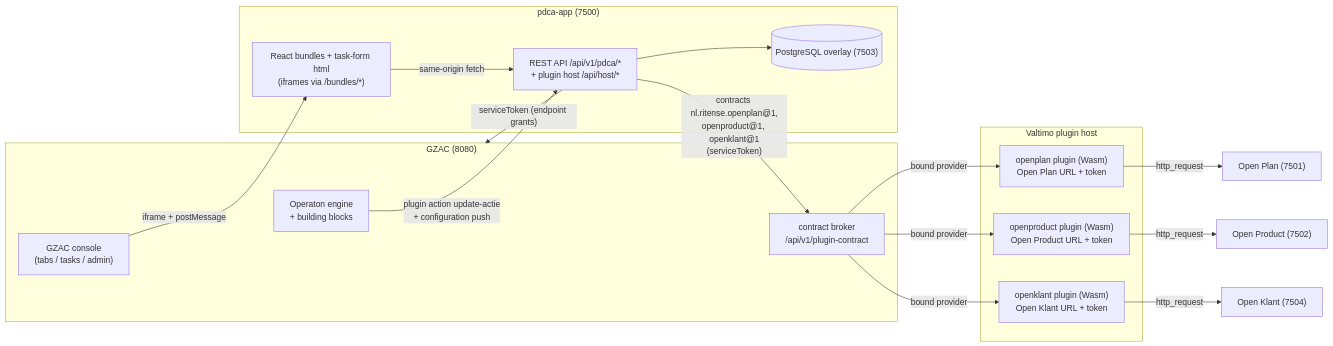
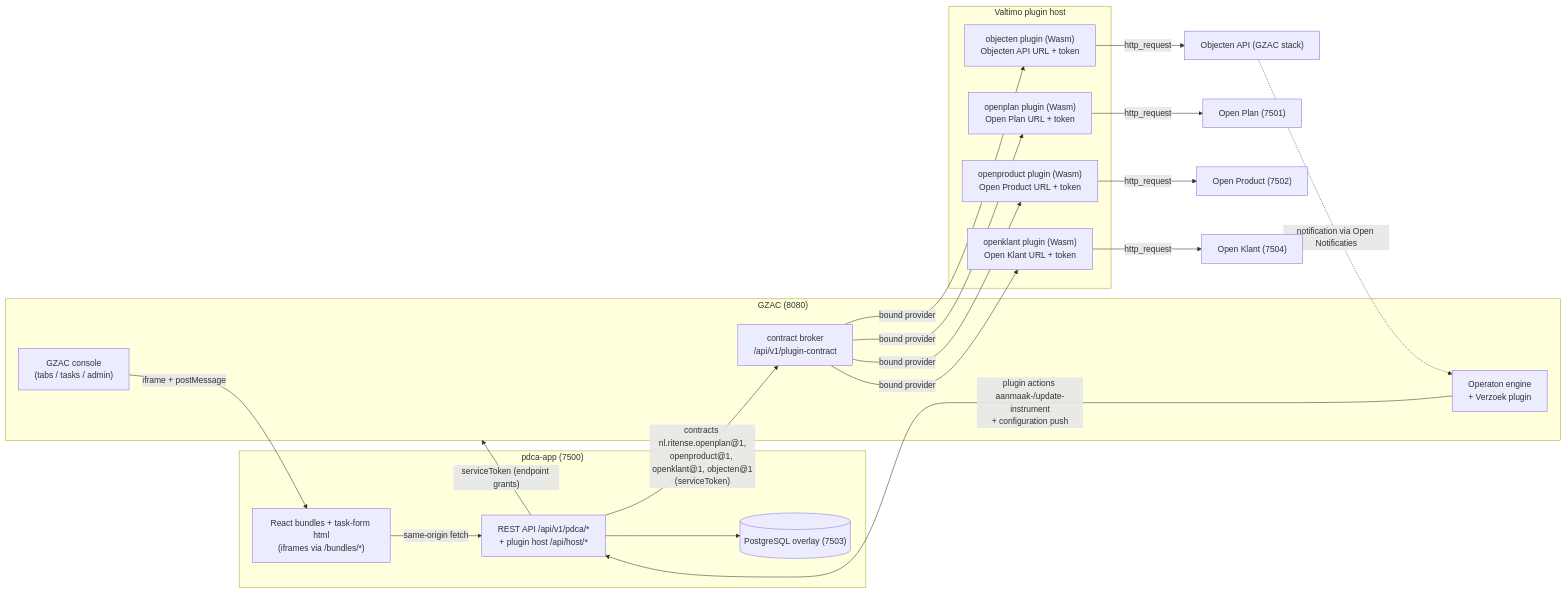
Before and after one commit to ritense/pdca-service: the first of 3 diagrams in ARCHITECTURE.md, drawn with Mermaid. The commit also changed other lines of this file and 91 other files, not shown here.

First line of the commit message:
Request products through Open Product acties and an instrument dossier

````diff
--- a/ARCHITECTURE.md
+++ b/ARCHITECTURE.md
@@ -33,34 +34,39 @@
 ```mermaid
 flowchart LR
     subgraph GZAC["GZAC (8080)"]
         UI["GZAC console<br/>(tabs / tasks / admin)"]
-        ENGINE["Operaton engine<br/>+ building blocks"]
+        ENGINE["Operaton engine<br/>+ Verzoek plugin"]
         BROKER["contract broker<br/>/api/v1/plugin-contract"]
     end
     subgraph APP["pdca-app (7500)"]
         FE["React bundles + task-form html<br/>(iframes via /bundles/*)"]
         API["REST API /api/v1/pdca/*<br/>+ plugin host /api/host/*"]
         DB[("PostgreSQL overlay (7503)")]
     end
     subgraph HOST["Valtimo plugin host"]
         OPP["openplan plugin (Wasm)<br/>Open Plan URL + token"]
         OPRP["openproduct plugin (Wasm)<br/>Open Product URL + token"]
         OKP["openklant plugin (Wasm)<br/>Open Klant URL + token"]
+        OBJP["objecten plugin (Wasm)<br/>Objecten API URL + token"]
     end
     OP["Open Plan (7501)"]
     OPR["Open Product (7502)"]
     OK["Open Klant (7504)"]
+    OBJ["Objecten API (GZAC stack)"]
 
     UI -- "iframe + postMessage" --> FE
     FE -- "same-origin fetch" --> API
     API --> DB
-    API -- "contracts nl.ritense.openplan@1,<br/>openproduct@1, openklant@1<br/>(serviceToken)" --> BROKER
+    API -- "contracts nl.ritense.openplan@1,<br/>openproduct@1, openklant@1, objecten@1<br/>(serviceToken)" --> BROKER
     BROKER -- "bound provider" --> OPP
     BROKER -- "bound provider" --> OPRP
     BROKER -- "bound provider" --> OKP
+    BROKER -- "bound provider" --> OBJP
     OPP -- "http_request" --> OP
     OPRP -- "http_request" --> OPR
     OKP -- "http_request" --> OK
+    OBJP -- "http_request" --> OBJ
+    OBJ -. "notification via Open Notificaties" .-> ENGINE
     API -- "serviceToken (endpoint grants)" --> GZAC
-    ENGINE -- "plugin action update-actie<br/>+ configuration push" --> API
+    ENGINE -- "plugin actions aanmaak-/update-instrument<br/>+ configuration push" --> API
 ```
````
